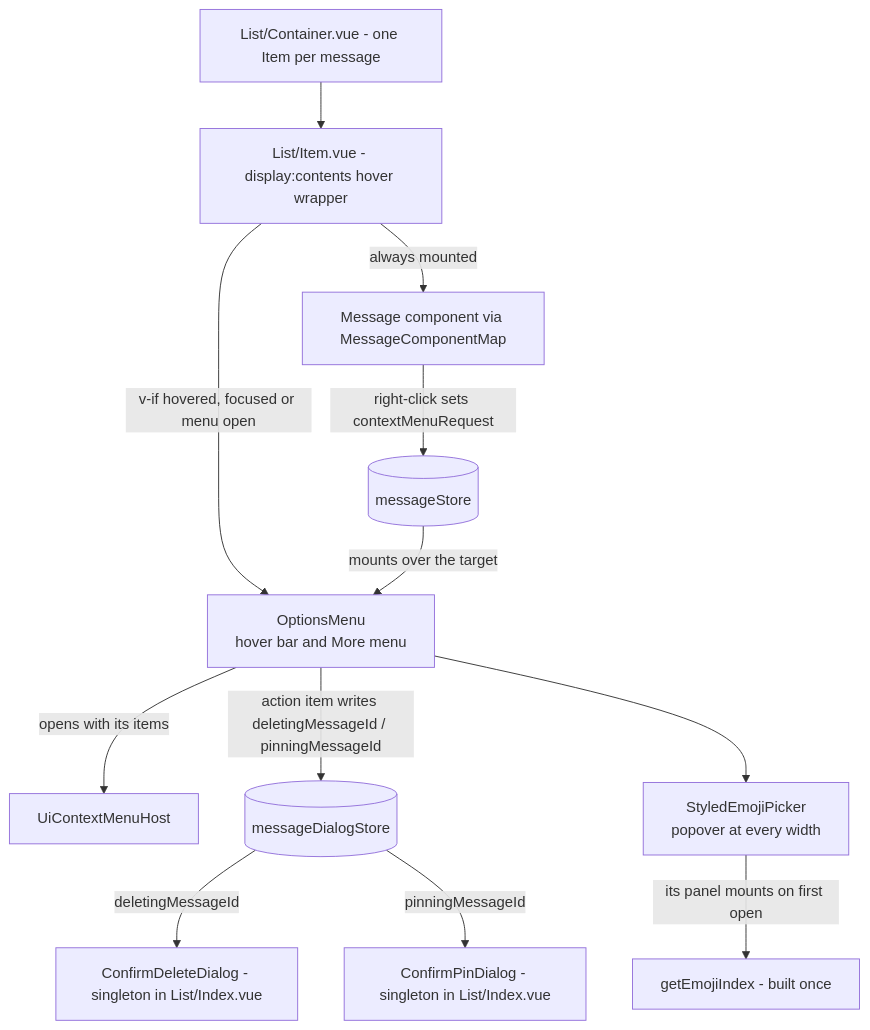
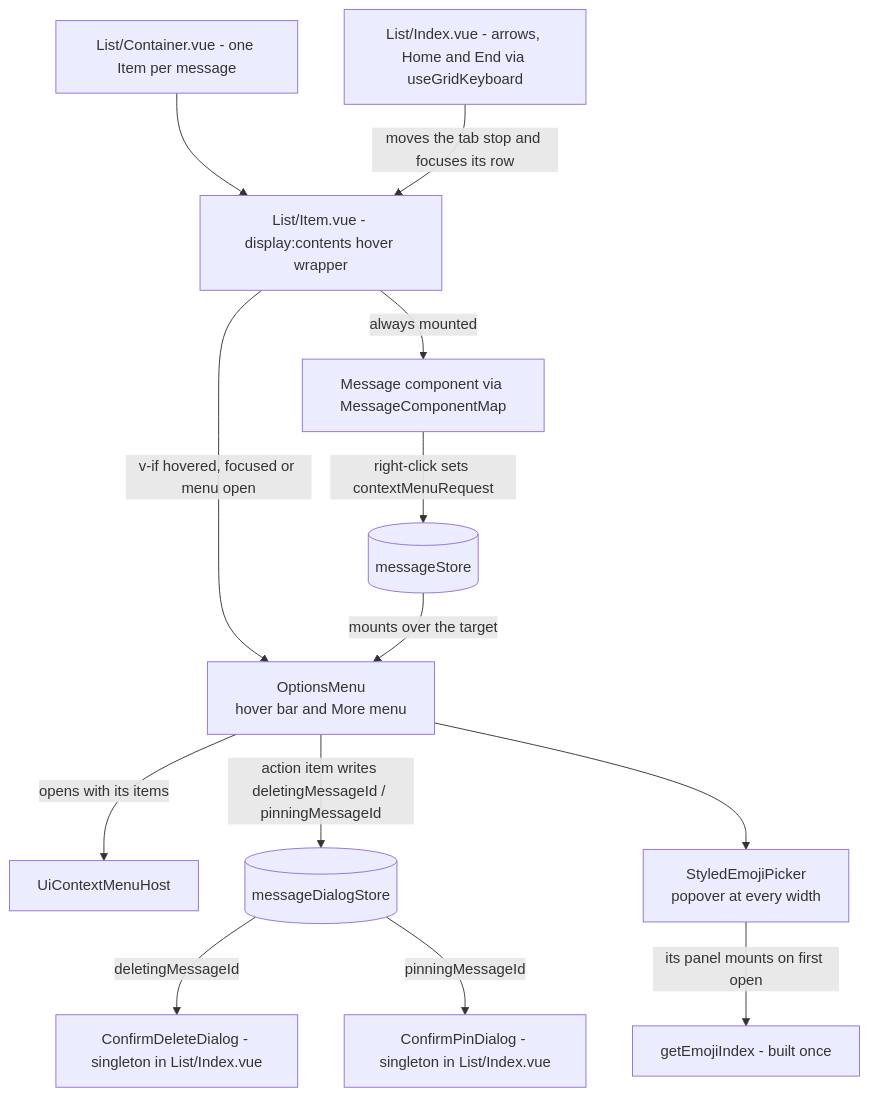
The first of 2 diagrams in openspec/specs/esbabbler/message-list-rendering/design.md (Esposter/Esposter), drawn with Mermaid before and after one commit. The commit also changed other lines of this file and 7 other files, not shown here.

````diff
--- a/openspec/specs/esbabbler/message-list-rendering/design.md
+++ b/openspec/specs/esbabbler/message-list-rendering/design.md
@@ -13,14 +13,15 @@
 ```mermaid
 flowchart TD
     C[List/Container.vue - one Item per message] --> I[List/Item.vue - display:contents hover wrapper]
     I -->|always mounted| M[Message component via MessageComponentMap]
+    K[List/Index.vue - arrows, Home and End via useGridKeyboard] -->|moves the tab stop and focuses its row| I
     I -->|v-if hovered, focused or menu open| O[OptionsMenu<br/>hover bar and More menu]
     M -->|right-click sets contextMenuRequest| S[(messageStore)]
     S -->|mounts over the target| O
     O -->|opens with its items| CM[UiContextMenuHost]
     O -->|action item writes deletingMessageId / pinningMessageId| DS[(messageDialogStore)]
     DS -->|deletingMessageId| D[ConfirmDeleteDialog - singleton in List/Index.vue]
     DS -->|pinningMessageId| P[ConfirmPinDialog - singleton in List/Index.vue]
     O --> E[StyledEmojiPicker<br/>popover at every width]
     E -->|its panel mounts on first open| X[getEmojiIndex - built once]
 ```
````
